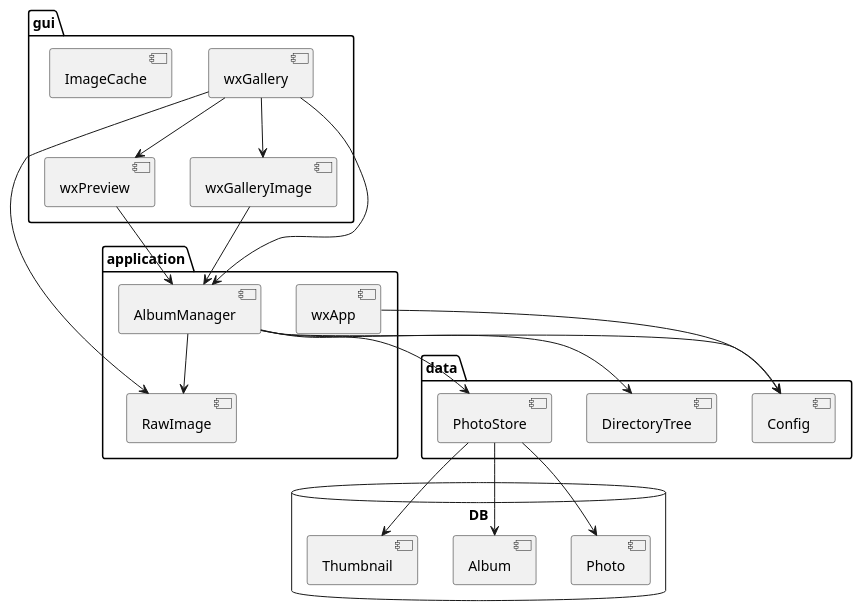
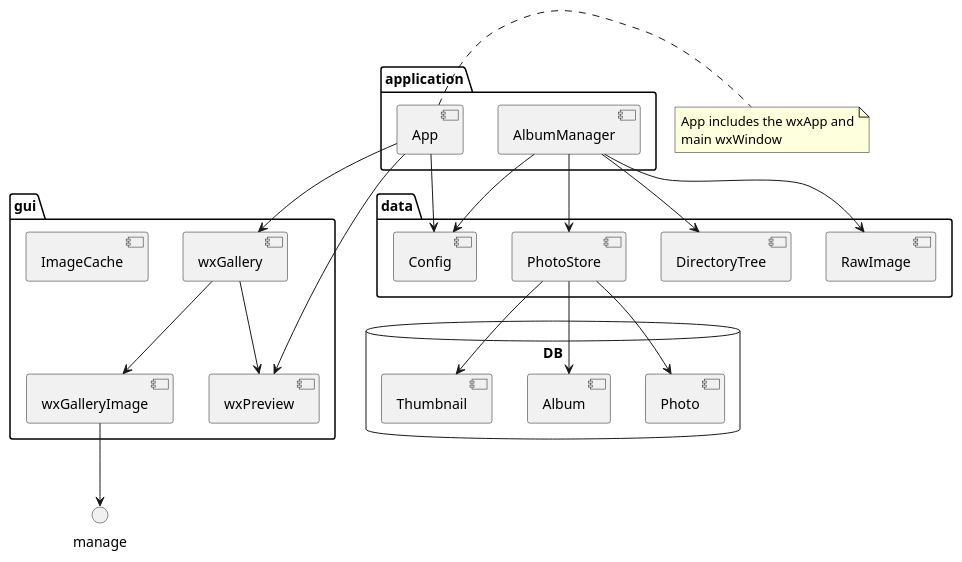
One commit to jorgemb/image-manager changed the diagram in docs/Components.puml. Above: the diagram before and after it, drawn with PlantUML. The commit also changed 21 other files, not shown here.

```diff
--- a/docs/Components.puml
+++ b/docs/Components.puml
@@ -1,49 +1,51 @@
 @startuml
 'https://plantuml.com/component-diagram
 
 package "gui"{
     component wxGallery as gallery
     component wxGalleryImage as image
     component wxPreview as preview
     component ImageCache as cache
 }
 
 package "application"{
-    component wxApp as app
+    component App as app
     component AlbumManager as manager
-    component RawImage as raw
 }
 
 package "data"{
     component DirectoryTree as tree
     component PhotoStore as store
     component Config as config
+    component RawImage as raw
 }
 
 database "DB"{
     component Photo as model_photo
     component Album as model_album
     component Thumbnail as model_thumbnail
 }
 
-
+note right of app
+    App includes the wxApp and
+    main wxWindow
+end note
 
 app --> config
+app --> gallery
+app --> preview
 
 gallery --> image
-gallery --> manager
 gallery --> preview
-gallery --> raw
-image --> manager
-preview -> manager
+image --> manage
 
 manager --> store
 manager --> tree
 manager --> config
 manager --> raw
 
 store --> model_photo
 store --> model_album
 store --> model_thumbnail
 
 @enduml
```
